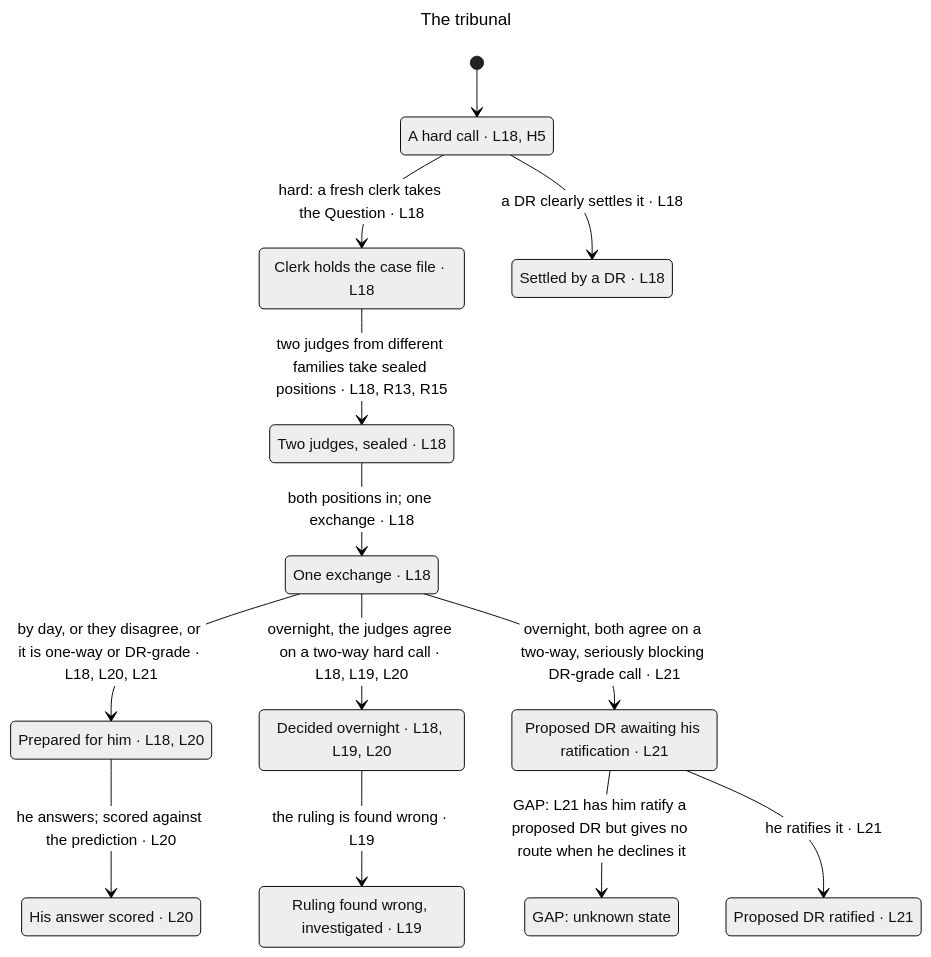
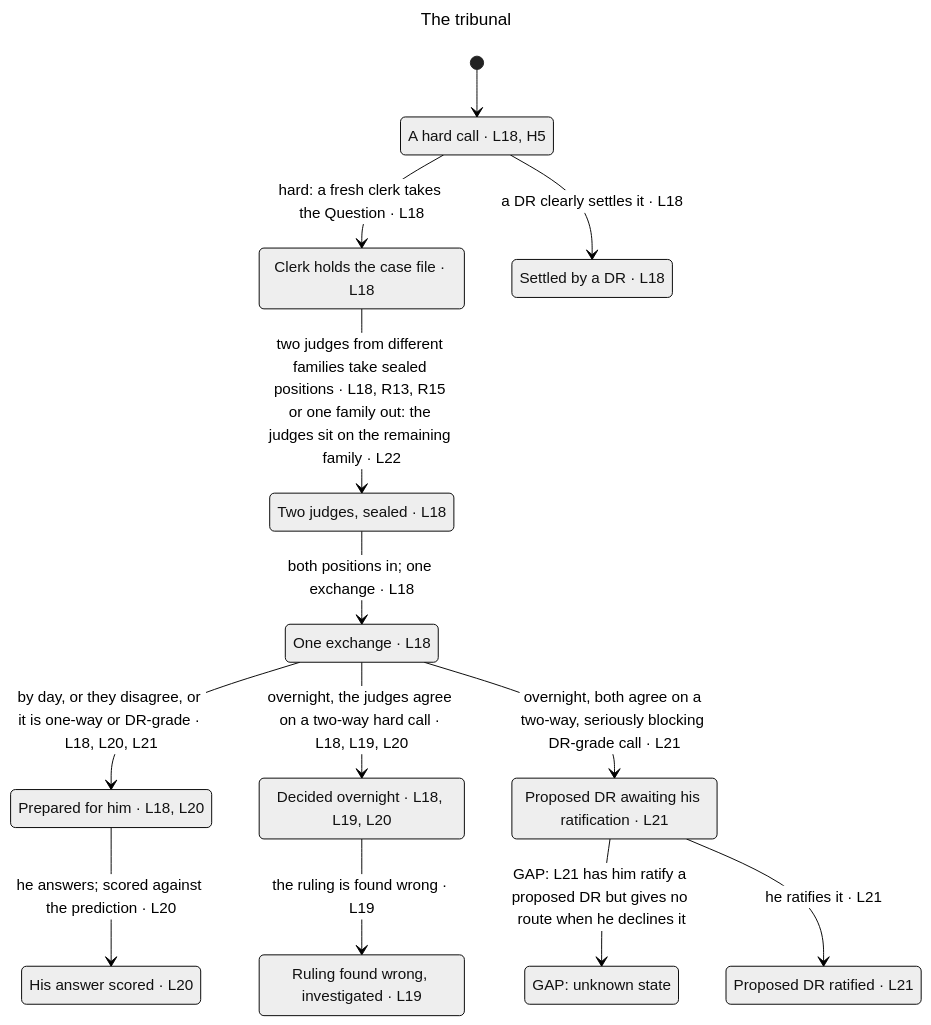
Before and after one commit to BalazsOrg/dydo: the diagram in claims/statechart/tribunal/chart.mmd, drawn with Mermaid (neutral theme). The commit also changed 84 other files, not shown here.

```diff
--- a/claims/statechart/tribunal/chart.mmd
+++ b/claims/statechart/tribunal/chart.mmd
@@ -1,28 +1,28 @@
 ---
 title: "The tribunal"
 ---
 stateDiagram-v2
   s0: A hard call #183; L18, H5
   s1: Clerk holds the case file #183; L18
   s2: Settled by a DR #183; L18
   s3: Two judges, sealed #183; L18
   s4: One exchange #183; L18
   s5: Decided overnight #183; L18, L19, L20
   s6: Prepared for him #183; L18, L20
   s7: Proposed DR awaiting his ratification #183; L21
   s8: GAP: unknown state
   s9: Ruling found wrong, investigated #183; L19
   s10: Proposed DR ratified #183; L21
   s11: His answer scored #183; L20
   [*] --> s0
   s0 --> s1: hard: a fresh clerk takes the Question #183; L18
   s0 --> s2: a DR clearly settles it #183; L18
-  s1 --> s3: two judges from different families take sealed positions #183; L18, R13, R15
+  s1 --> s3: two judges from different families take sealed positions #183; L18, R13, R15 or one family out: the judges sit on the remaining family #183; L22
   s3 --> s4: both positions in#59; one exchange #183; L18
   s4 --> s6: by day, or they disagree, or it is one-way or DR-grade #183; L18, L20, L21
   s4 --> s5: overnight, the judges agree on a two-way hard call #183; L18, L19, L20
   s4 --> s7: overnight, both agree on a two-way, seriously blocking DR-grade call #183; L21
   s5 --> s9: the ruling is found wrong #183; L19
   s6 --> s11: he answers#59; scored against the prediction #183; L20
   s7 --> s8: GAP: L21 has him ratify a proposed DR but gives no route when he declines it
   s7 --> s10: he ratifies it #183; L21
```
